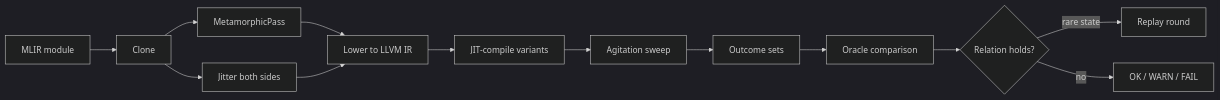
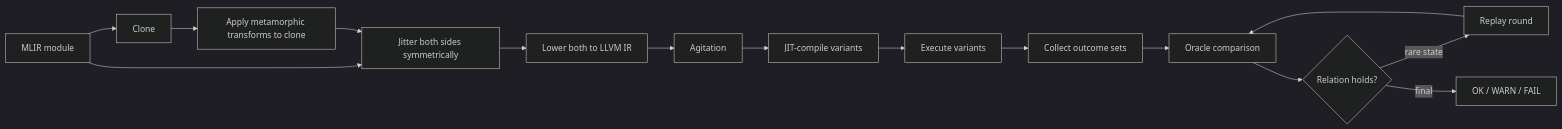
Before and after one commit to dakaidan/MLIR-MRacle: the diagram in README.md, drawn with Mermaid (dark theme). The commit also changed other lines of this file, not shown here.

````diff
--- a/README.md
+++ b/README.md
@@ -24,15 +24,17 @@
 ```mermaid
 flowchart LR
     A[MLIR module] --> B[Clone]
-    B --> C[MetamorphicPass]
-    B --> D[Jitter both sides]
-    C --> E[Lower to LLVM IR]
-    D --> E
-    E --> F[JIT-compile variants]
-    F --> G[Agitation sweep]
-    G --> H[Outcome sets]
-    H --> I[Oracle comparison]
-    I --> J{Relation holds?}
-    J -->|rare state| K[Replay round]
-    J -->|no| L[OK / WARN / FAIL]
+    B --> C[Apply metamorphic transforms to clone]
+    A --> D[Jitter both sides symmetrically]
+    C --> D
+    D --> E[Lower both to LLVM IR]
+    E --> F[Agitation]
+    F --> G[JIT-compile variants]
+    G --> H[Execute variants]
+    H --> I[Collect outcome sets]
+    I --> J[Oracle comparison]
+    J --> K{Relation holds?}
+    K -->|rare state| L[Replay round]
+    L --> J
+    K -->|final| M[OK / WARN / FAIL]
 ```
````
